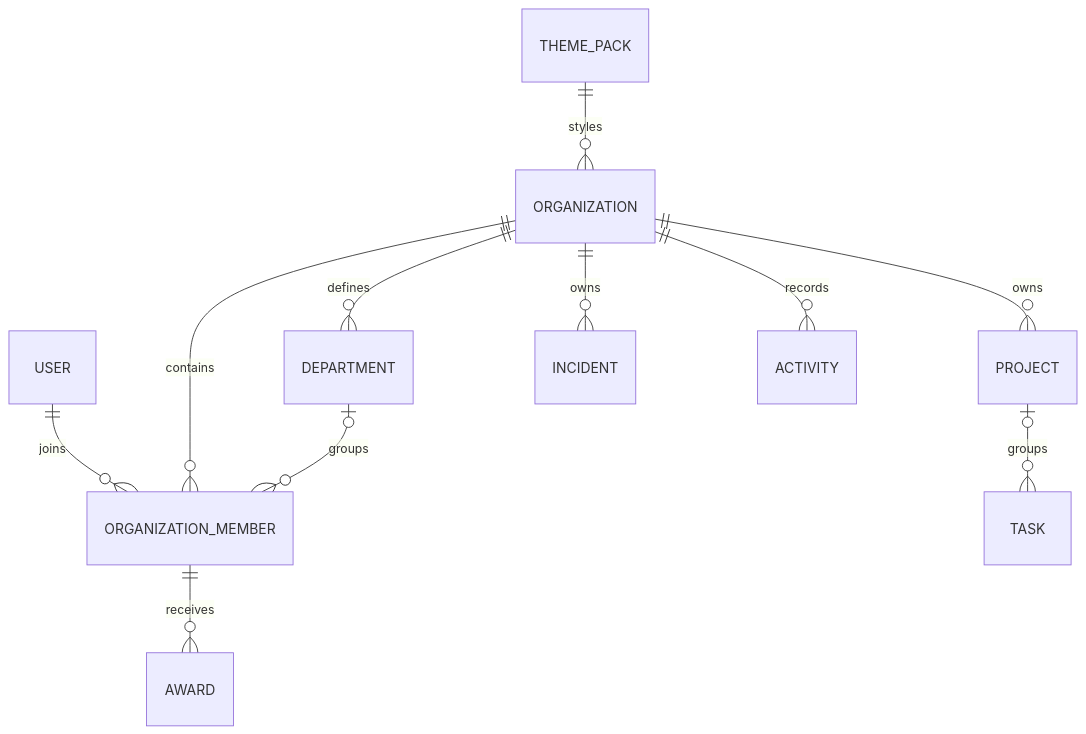
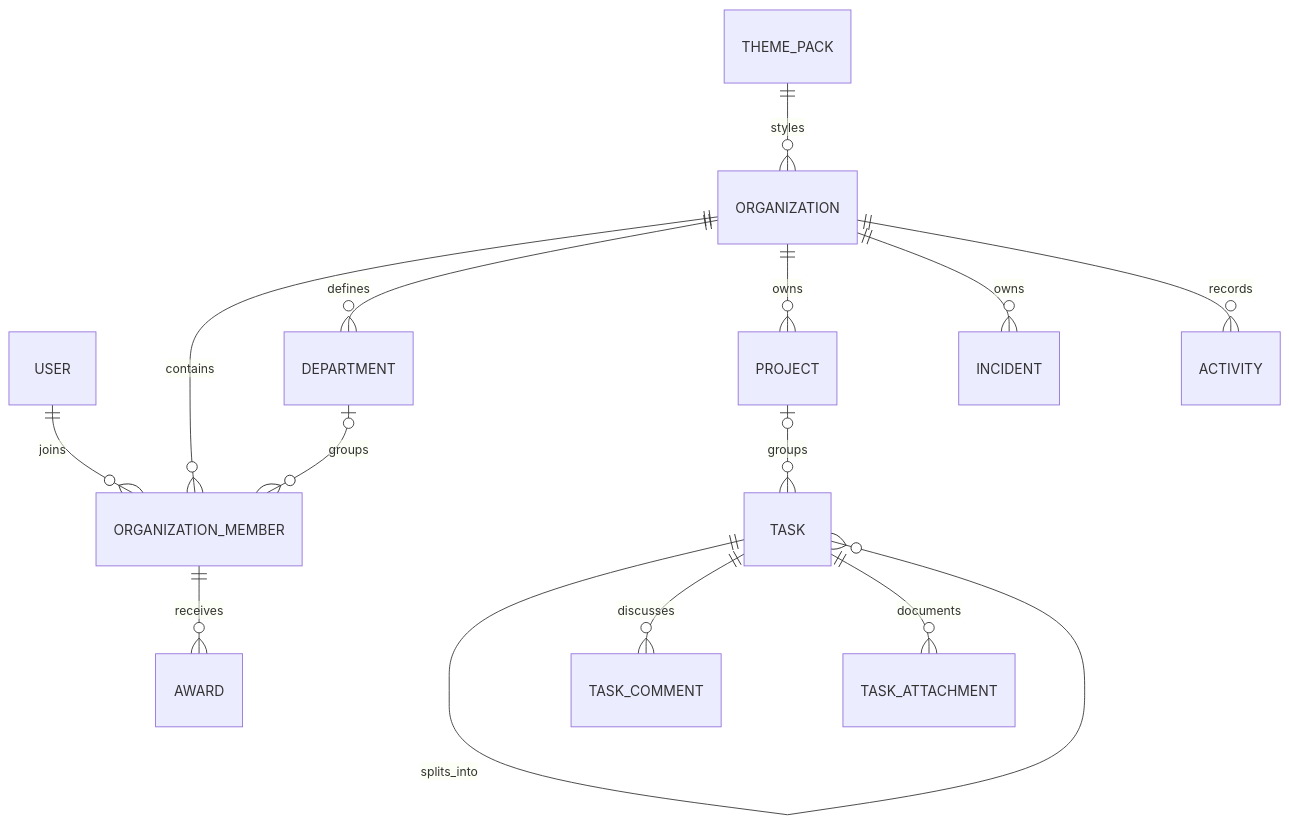
The diagram in docs/domain-model.md (damiankaest/community-intra), drawn with Mermaid before and after one commit. The commit also changed other lines of this file and 40 other files, not shown here.

````diff
--- a/docs/domain-model.md
+++ b/docs/domain-model.md
@@ -15,13 +15,16 @@
 ```mermaid
 erDiagram
     USER ||--o{ ORGANIZATION_MEMBER : joins
     ORGANIZATION ||--o{ ORGANIZATION_MEMBER : contains
     ORGANIZATION ||--o{ DEPARTMENT : defines
     DEPARTMENT o|--o{ ORGANIZATION_MEMBER : groups
     THEME_PACK ||--o{ ORGANIZATION : styles
     ORGANIZATION ||--o{ PROJECT : owns
     PROJECT o|--o{ TASK : groups
+    TASK ||--o{ TASK : splits_into
+    TASK ||--o{ TASK_COMMENT : discusses
+    TASK ||--o{ TASK_ATTACHMENT : documents
     ORGANIZATION ||--o{ INCIDENT : owns
     ORGANIZATION_MEMBER ||--o{ AWARD : receives
     ORGANIZATION ||--o{ ACTIVITY : records
 ```
````
